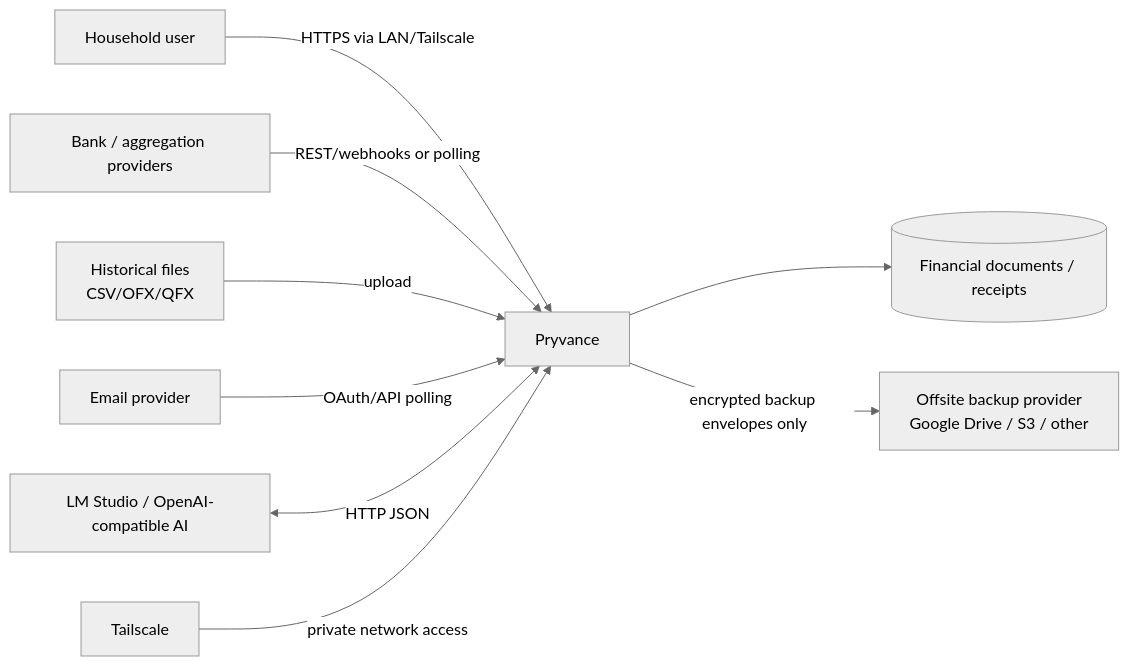
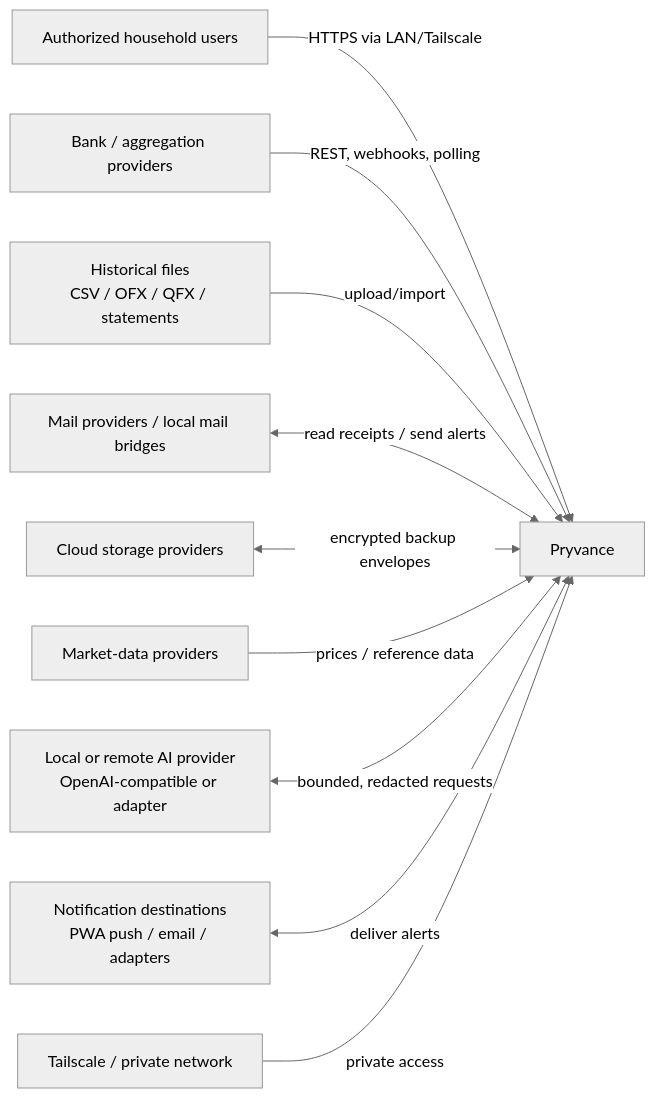
Before and after one commit to blac9216/Pryvance: the first of 9 diagrams in docs/explanation/architecture.md, drawn with Mermaid (neutral theme). The commit also changed other lines of this file, not shown here.

Commit message:
docs: expand target-state C4 architecture

````diff
--- a/docs/explanation/architecture.md
+++ b/docs/explanation/architecture.md
@@ -9,11 +17,12 @@
 ```mermaid
 flowchart LR
-    U[Household user] -->|HTTPS via LAN/Tailscale| P[Pryvance]
-    B[Bank / aggregation providers] -->|REST/webhooks or polling| P
-    F[Historical files\nCSV/OFX/QFX] -->|upload| P
-    E[Email provider] -->|OAuth/API polling| P
-    L[LM Studio / OpenAI-compatible AI] <-->|HTTP JSON| P
-    T[Tailscale] -->|private network access| P
-    P --> D[(Financial documents / receipts)]
-    P -->|encrypted backup envelopes only| O[Offsite backup provider\nGoogle Drive / S3 / other]
+    U[Authorized household users] -->|HTTPS via LAN/Tailscale| P[Pryvance]
+    B[Bank / aggregation providers] -->|REST, webhooks, polling| P
+    F[Historical files\nCSV / OFX / QFX / statements] -->|upload/import| P
+    M[Mail providers / local mail bridges] <-->|read receipts / send alerts| P
+    C[Cloud storage providers] <-->|encrypted backup envelopes| P
+    MD[Market-data providers] -->|prices / reference data| P
+    AI[Local or remote AI provider\nOpenAI-compatible or adapter] <-->|bounded, redacted requests| P
+    N[Notification destinations\nPWA push / email / adapters] <-->|deliver alerts| P
+    T[Tailscale / private network] -->|private access| P
 ```
````
